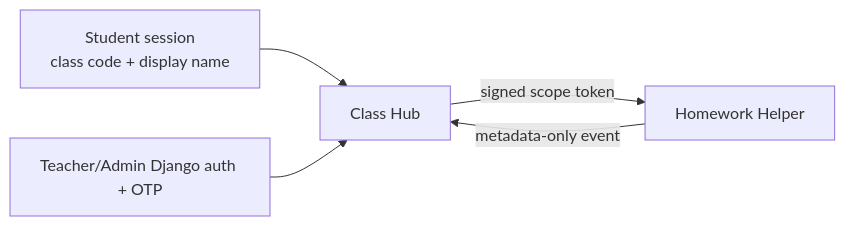
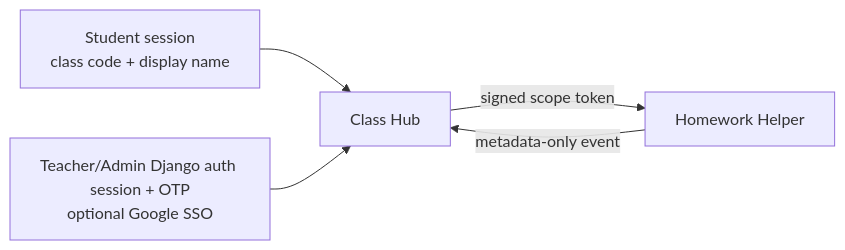
One commit to bseverns/classhub changed the third of 4 diagrams in docs/ARCHITECTURE.md. Above: the diagram before and after it, drawn with Mermaid. The commit also changed 15 other files, not shown here.

````diff
--- a/docs/ARCHITECTURE.md
+++ b/docs/ARCHITECTURE.md
@@ -80,7 +80,7 @@
 ```mermaid
 flowchart LR
   S[Student session<br/>class code + display name] --> W[Class Hub]
-  T[Teacher/Admin Django auth + OTP] --> W
+  T[Teacher/Admin Django auth session + OTP<br/>optional Google SSO] --> W
   W -->|signed scope token| H[Homework Helper]
   H -->|metadata-only event| W
 ```
````
